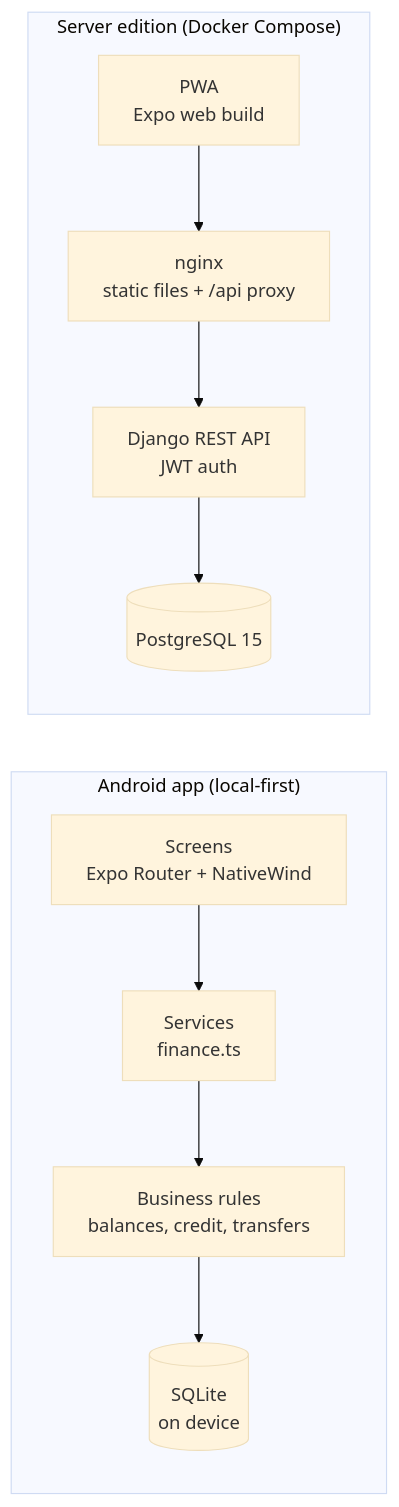
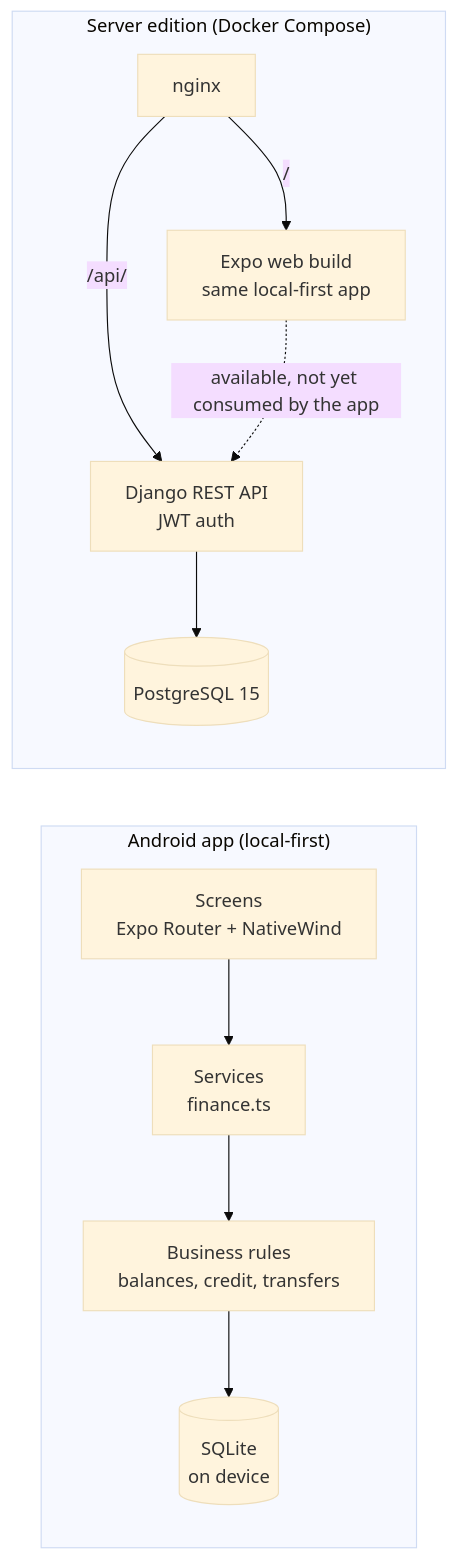
Before and after one commit to waldooCreator/Conciencia_financiera: the diagram in README.md, drawn with Mermaid (base theme). The commit also changed other lines of this file and 7 other files, not shown here.

````diff
--- a/README.md
+++ b/README.md
@@ -65,14 +65,15 @@
 ```mermaid
 flowchart LR
   subgraph Phone["Android app (local-first)"]
     UI["Screens<br/>Expo Router + NativeWind"] --> SVC["Services<br/>finance.ts"]
     SVC --> BL["Business rules<br/>balances, credit, transfers"]
     BL --> DB[("SQLite<br/>on device")]
   end
 
   subgraph Server["Server edition (Docker Compose)"]
-    PWA["PWA<br/>Expo web build"] --> NGX["nginx<br/>static files + /api proxy"]
-    NGX --> API["Django REST API<br/>JWT auth"]
+    NGX["nginx"] -->|"/"| WEB["Expo web build<br/>same local-first app"]
+    NGX -->|"/api/"| API["Django REST API<br/>JWT auth"]
     API --> PG[("PostgreSQL 15")]
+    WEB -.->|"available, not yet consumed by the app"| API
   end
 ```
````
